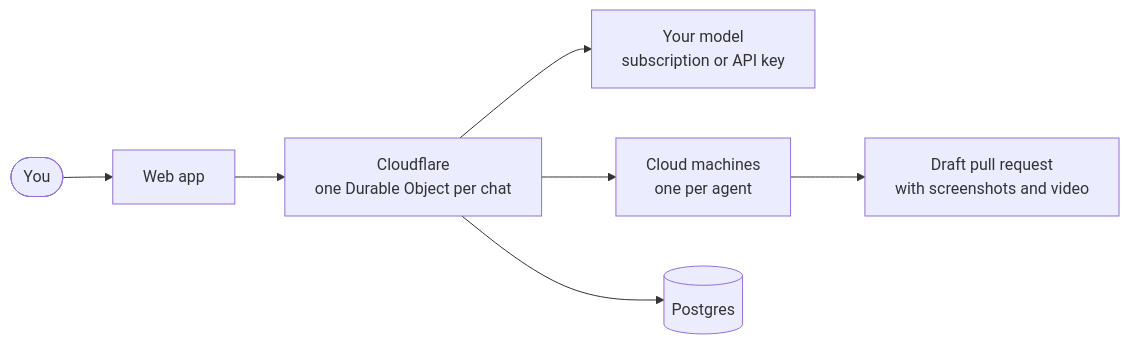
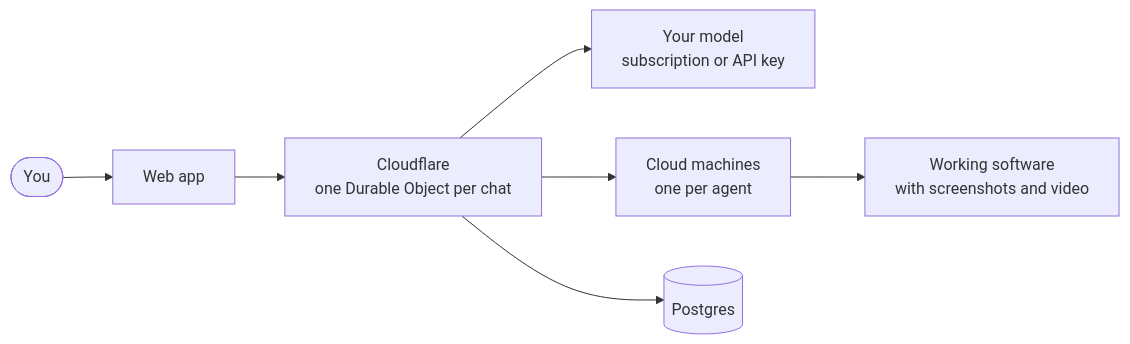
Before and after one commit to y-times-y/ytimesy: the diagram in README.md, drawn with Mermaid. The commit also changed other lines of this file and 1 other file, not shown here.

Commit message:
README: describe ytimesy as the place to build software, not as a pull request tool

````diff
--- a/README.md
+++ b/README.md
@@ -56,9 +56,9 @@
 ```mermaid
 flowchart LR
   You([You]) --> UI[Web app]
   UI --> Edge["Cloudflare<br/>one Durable Object per chat"]
   Edge --> Models["Your model<br/>subscription or API key"]
   Edge --> VMs["Cloud machines<br/>one per agent"]
-  VMs --> PR["Draft pull request<br/>with screenshots and video"]
+  VMs --> Out["Working software<br/>with screenshots and video"]
   Edge --> DB[("Postgres")]
 ```
````
